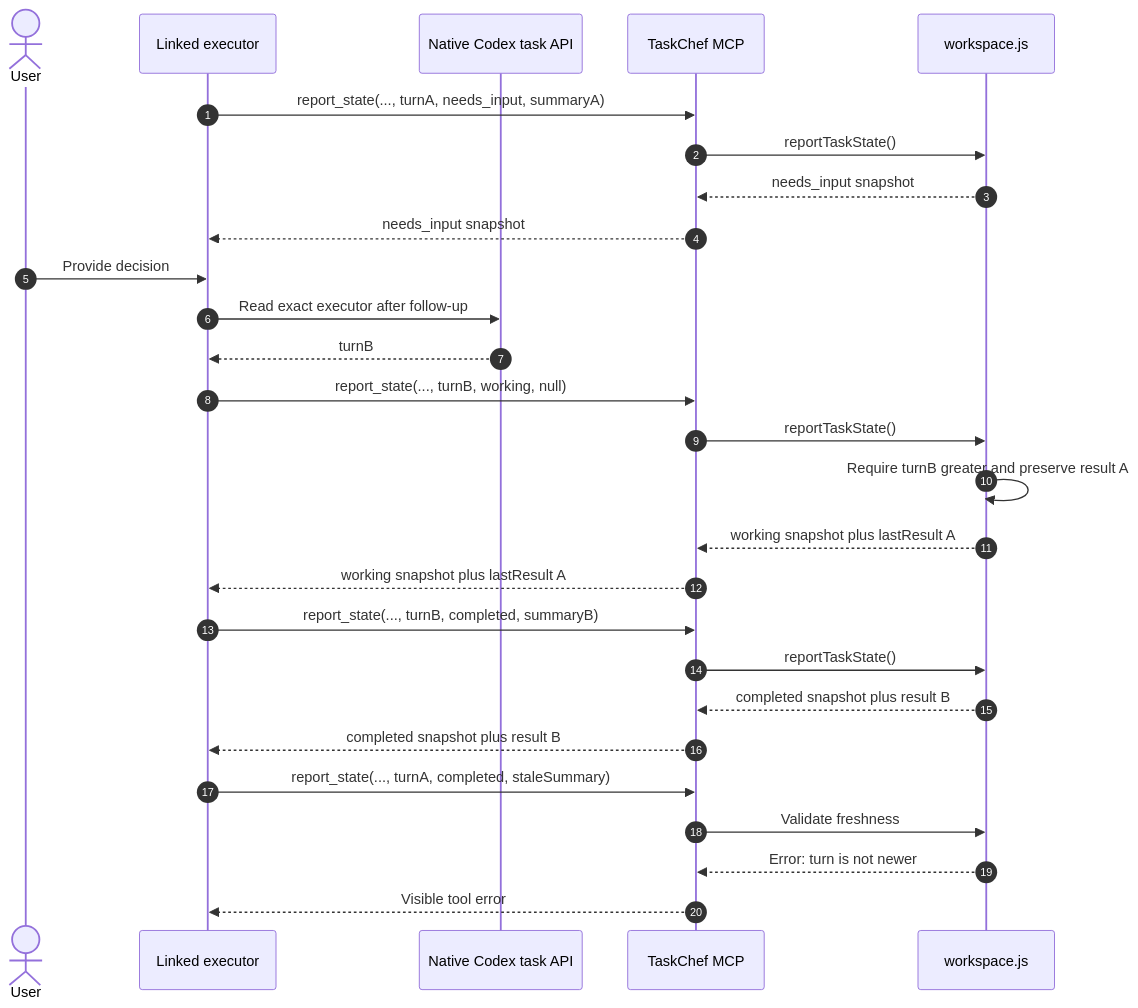
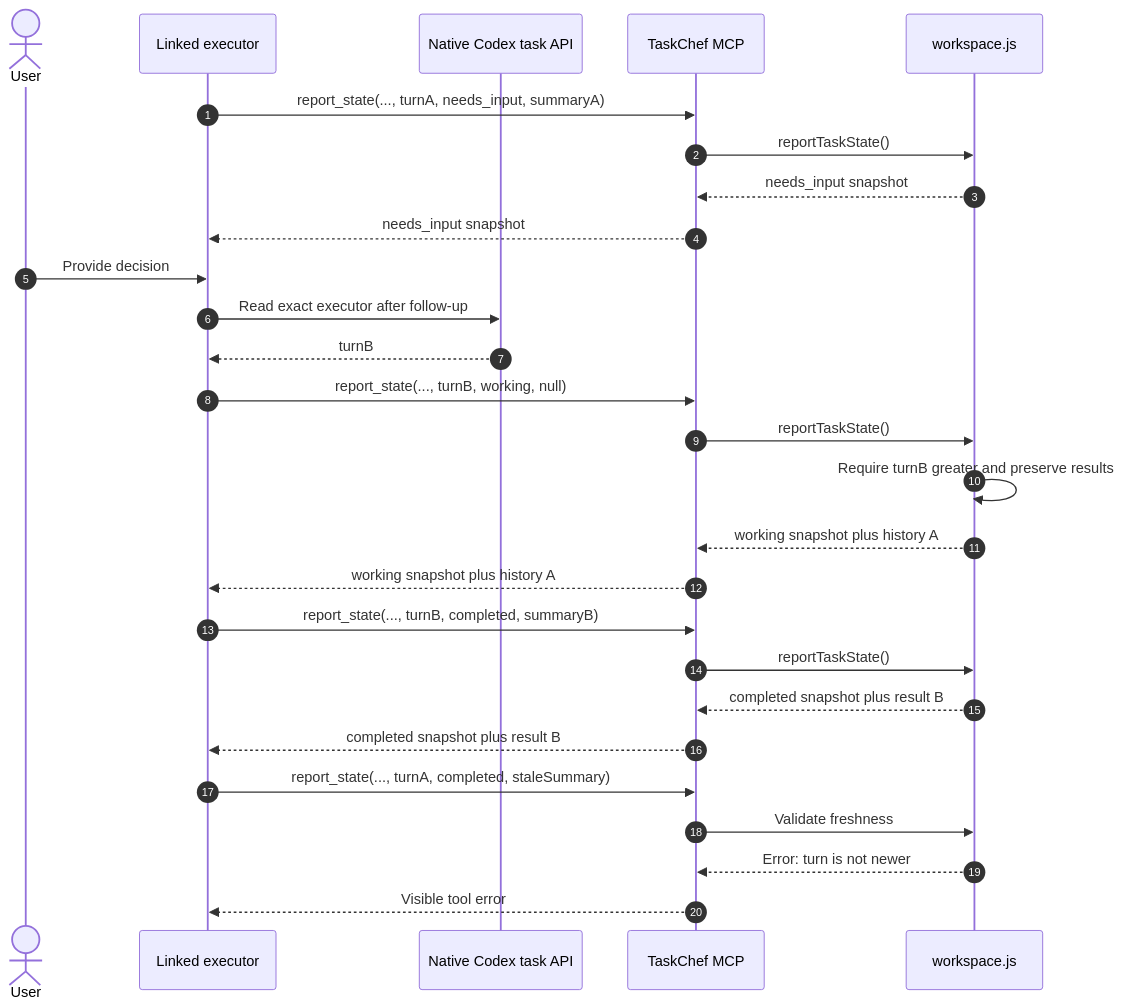
One commit to favoyang/taskchef changed the fourth of 7 diagrams in docs/workflows.md. Above: the diagram before and after it, drawn with Mermaid. The commit also changed other lines of this file and 15 other files, not shown here.

Commit message:
feat: preserve TaskChef result history

````diff
--- a/docs/workflows.md
+++ b/docs/workflows.md
@@ -159,29 +159,29 @@
 ```mermaid
 sequenceDiagram
   autonumber
   actor U as User
   participant E as Linked executor
   participant C as Native Codex task API
   participant M as TaskChef MCP
   participant W as workspace.js
   E->>M: report_state(..., turnA, needs_input, summaryA)
   M->>W: reportTaskState()
   W-->>M: needs_input snapshot
   M-->>E: needs_input snapshot
   U->>E: Provide decision
   E->>C: Read exact executor after follow-up
   C-->>E: turnB
   E->>M: report_state(..., turnB, working, null)
   M->>W: reportTaskState()
-  W->>W: Require turnB greater and preserve result A
-  W-->>M: working snapshot plus lastResult A
-  M-->>E: working snapshot plus lastResult A
+  W->>W: Require turnB greater and preserve results
+  W-->>M: working snapshot plus history A
+  M-->>E: working snapshot plus history A
   E->>M: report_state(..., turnB, completed, summaryB)
   M->>W: reportTaskState()
   W-->>M: completed snapshot plus result B
   M-->>E: completed snapshot plus result B
   E->>M: report_state(..., turnA, completed, staleSummary)
   M->>W: Validate freshness
   W-->>M: Error: turn is not newer
   M-->>E: Visible tool error
 ```
````
